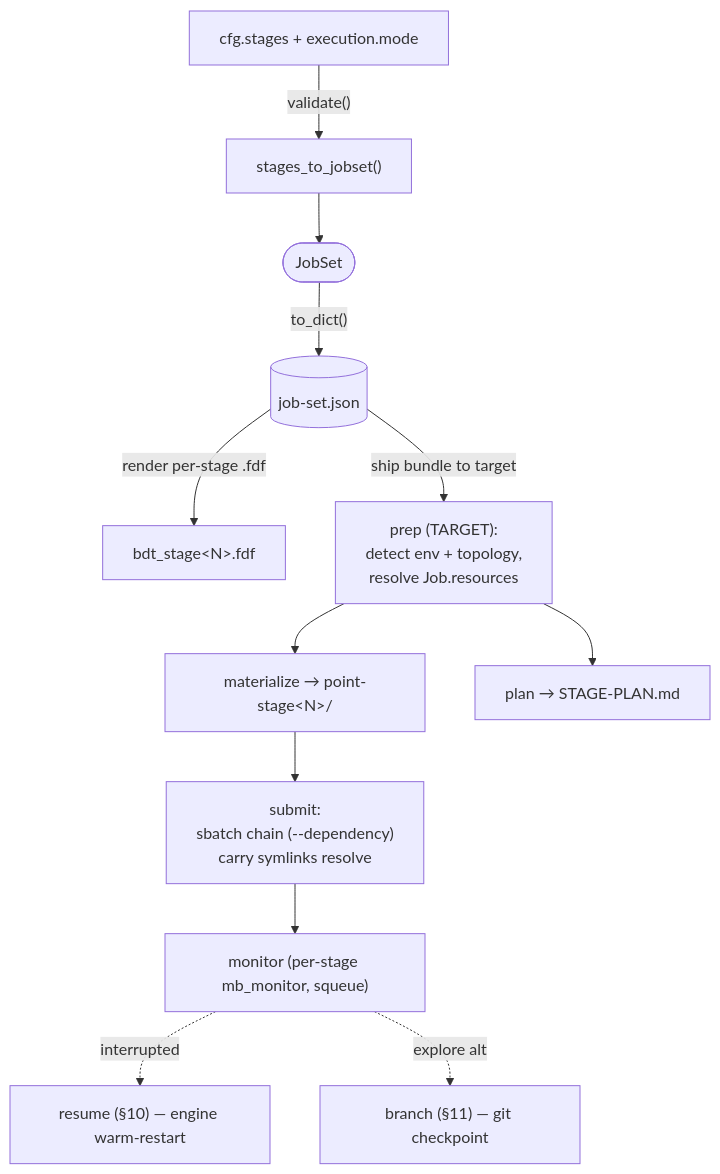
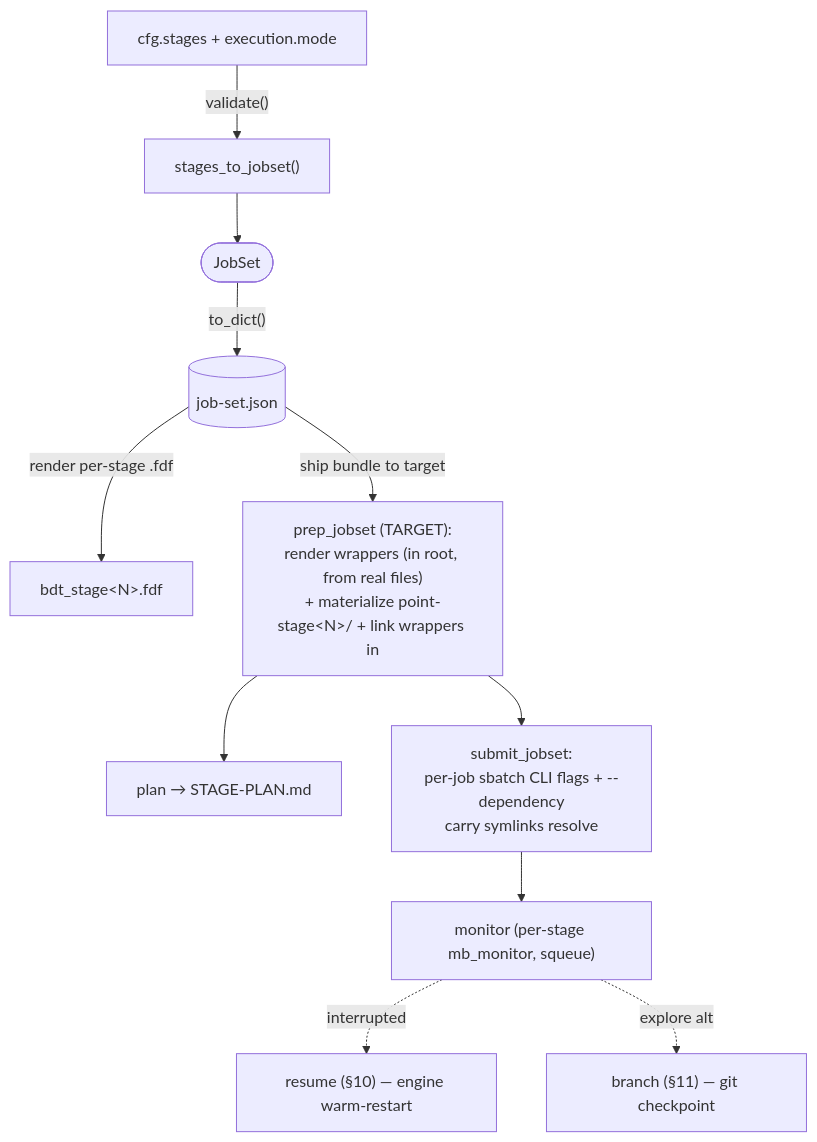
The fourth of 6 diagrams in docs/protocols/staged-execution.md (Qing-LAB/molbuilder), drawn with Mermaid before and after one commit. The commit also changed other lines of this file and 6 other files, not shown here.

First line of the commit message:
jobset: fix submit (bench-consistent prep/submit split) + review findings

````diff
--- a/docs/protocols/staged-execution.md
+++ b/docs/protocols/staged-execution.md
@@ -257,14 +260,13 @@
 ```mermaid
 flowchart TD
   A["cfg.stages + execution.mode"] -->|"validate()"| B["stages_to_jobset()"]
   B --> C(["JobSet"])
   C -->|"to_dict()"| D[("job-set.json")]
   D -->|"render per-stage .fdf"| D2["bdt_stage&lt;N&gt;.fdf"]
-  D -->|ship bundle to target| E["prep (TARGET):<br/>detect env + topology,<br/>resolve Job.resources"]
-  E --> F["materialize → point-stage&lt;N&gt;/"]
+  D -->|ship bundle to target| E["prep_jobset (TARGET):<br/>render wrappers (in root, from real files)<br/>+ materialize point-stage&lt;N&gt;/ + link wrappers in"]
   E --> G["plan → STAGE-PLAN.md"]
-  F --> H["submit:<br/>sbatch chain (--dependency)<br/>carry symlinks resolve"]
+  E --> H["submit_jobset:<br/>per-job sbatch CLI flags + --dependency<br/>carry symlinks resolve"]
   H --> I["monitor (per-stage mb_monitor, squeue)"]
   I -.->|interrupted| J["resume (§10) — engine warm-restart"]
   I -.->|explore alt| K["branch (§11) — git checkpoint"]
 ```
````
